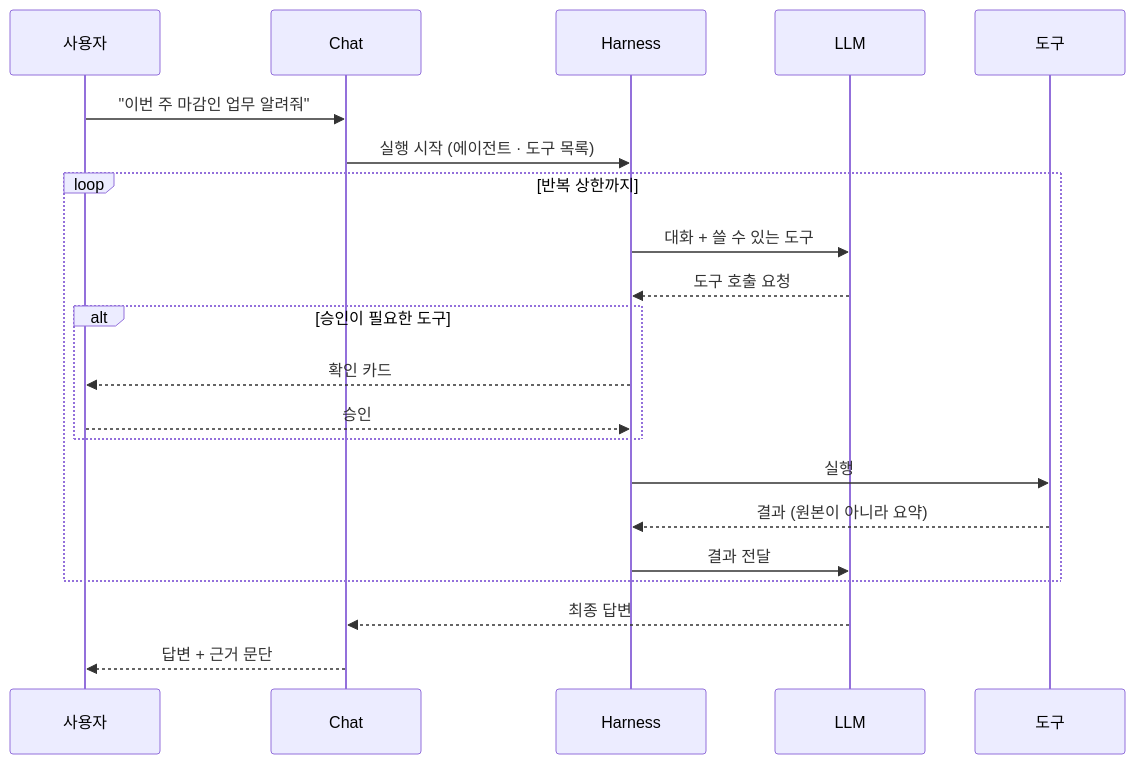
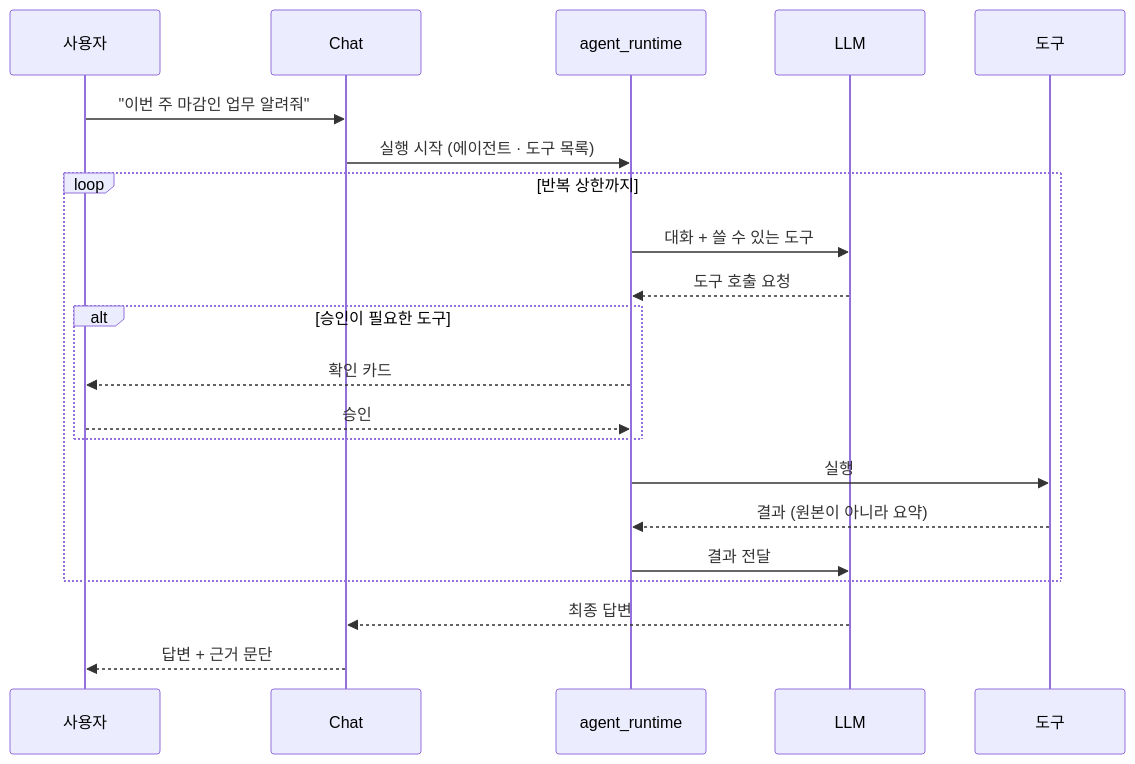
The third of 4 diagrams in README.md (SKNETWORKS-FAMILY-AICAMP/SKN29-FINAL-2TEAM), drawn with Mermaid before and after one commit. The commit also changed other lines of this file and 6 other files, not shown here.

````diff
--- a/README.md
+++ b/README.md
@@ -224,24 +230,24 @@
 ```mermaid
 sequenceDiagram
     participant U as 사용자
     participant C as Chat
-    participant H as Harness
+    participant H as agent_runtime
     participant M as LLM
     participant T as 도구
 
     U->>C: "이번 주 마감인 업무 알려줘"
     C->>H: 실행 시작 (에이전트 · 도구 목록)
     loop 반복 상한까지
         H->>M: 대화 + 쓸 수 있는 도구
         M-->>H: 도구 호출 요청
         alt 승인이 필요한 도구
             H-->>U: 확인 카드
             U-->>H: 승인
         end
         H->>T: 실행
         T-->>H: 결과 (원본이 아니라 요약)
         H->>M: 결과 전달
     end
     M-->>C: 최종 답변
     C-->>U: 답변 + 근거 문단
 ```
````
